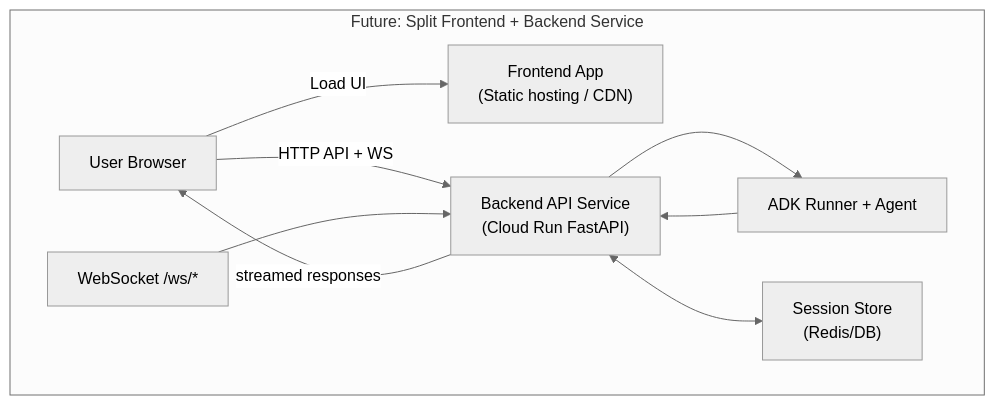
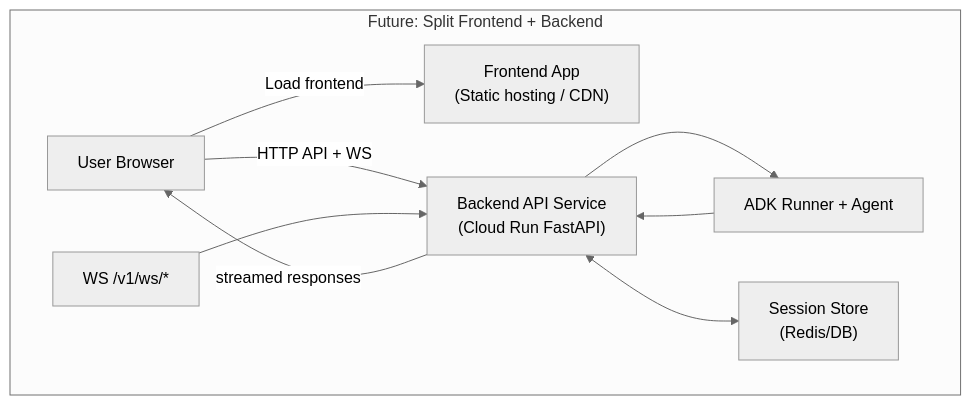
One commit to barada02/LiveAgent_exp changed the second of 3 diagrams in architecture.md. Above: the diagram before and after it, drawn with Mermaid (neutral theme). The commit also changed other lines of this file and 1 other file, not shown here.

````diff
--- a/architecture.md
+++ b/architecture.md
@@ -35,19 +44,19 @@
 ```mermaid
 flowchart TD
-  subgraph Future[Future: Split Frontend + Backend Service]
+  subgraph Future[Future: Split Frontend + Backend]
     U2[User Browser]
     FE["Frontend App\n(Static hosting / CDN)"]
     BE["Backend API Service\n(Cloud Run FastAPI)"]
-    WS2["WebSocket /ws/*"]
+    WS2["WS /v1/ws/*"]
     ADK2["ADK Runner + Agent"]
     STORE["Session Store\n(Redis/DB)"]
 
-    U2 -->|Load UI| FE
+    U2 -->|Load frontend| FE
     U2 -->|HTTP API + WS| BE
     WS2 --> BE
     BE --> ADK2
     ADK2 --> BE
     BE <--> STORE
     BE -->|streamed responses| U2
   end
 ```
````
